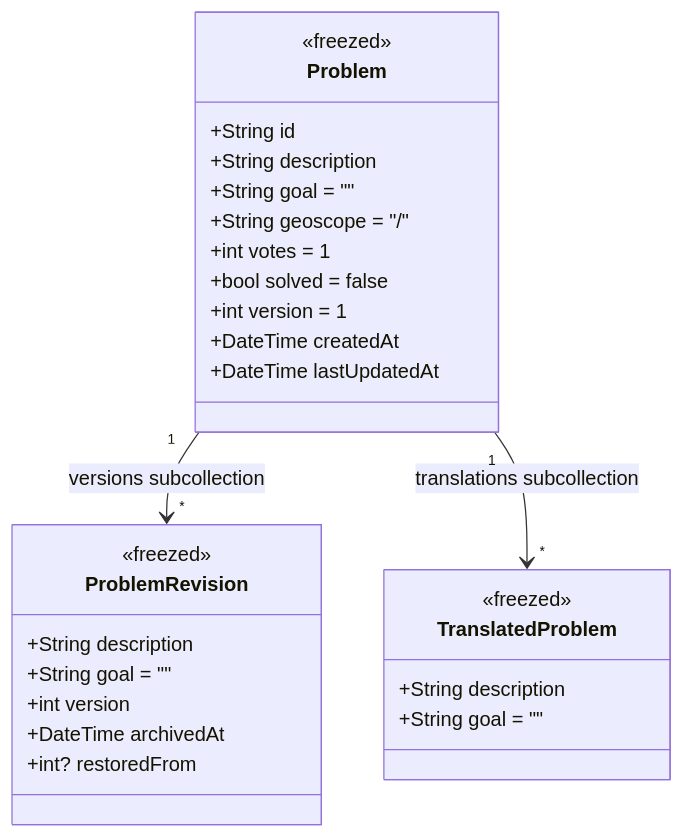
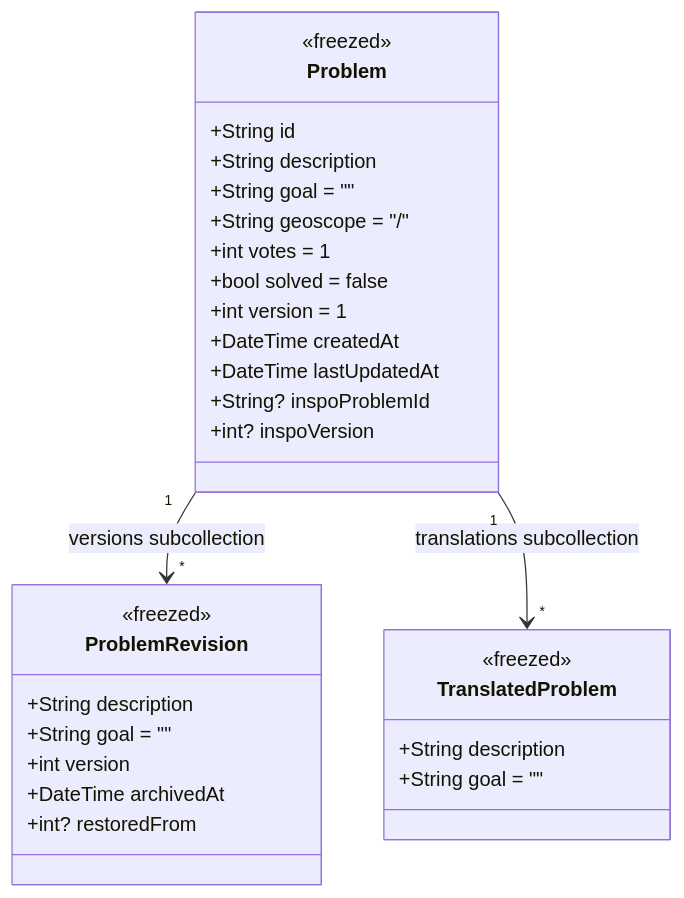
Before and after one commit to adsouza/votasq: the second of 10 diagrams in ARCHITECTURE.md, drawn with Mermaid. The commit also changed other lines of this file and 32 other files, not shown here.

````diff
--- a/ARCHITECTURE.md
+++ b/ARCHITECTURE.md
@@ -33,33 +33,35 @@
 ```mermaid
 classDiagram
     class Problem {
         <<freezed>>
         +String id
         +String description
         +String goal = ""
         +String geoscope = "/"
         +int votes = 1
         +bool solved = false
         +int version = 1
         +DateTime createdAt
         +DateTime lastUpdatedAt
+        +String? inspoProblemId
+        +int? inspoVersion
     }
 
     class ProblemRevision {
         <<freezed>>
         +String description
         +String goal = ""
         +int version
         +DateTime archivedAt
         +int? restoredFrom
     }
 
     class TranslatedProblem {
         <<freezed>>
         +String description
         +String goal = ""
     }
 
     Problem "1" --> "*" ProblemRevision : versions subcollection
     Problem "1" --> "*" TranslatedProblem : translations subcollection
 ```
````
